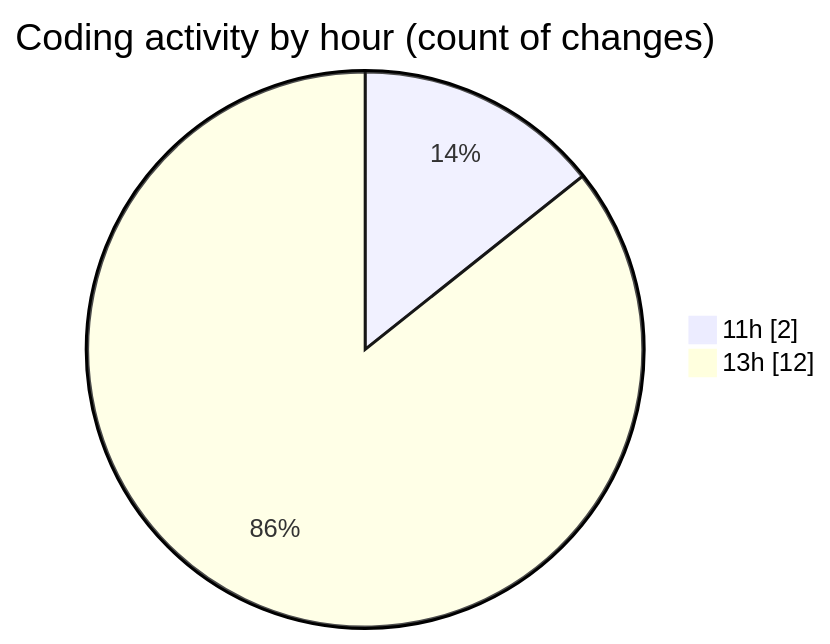
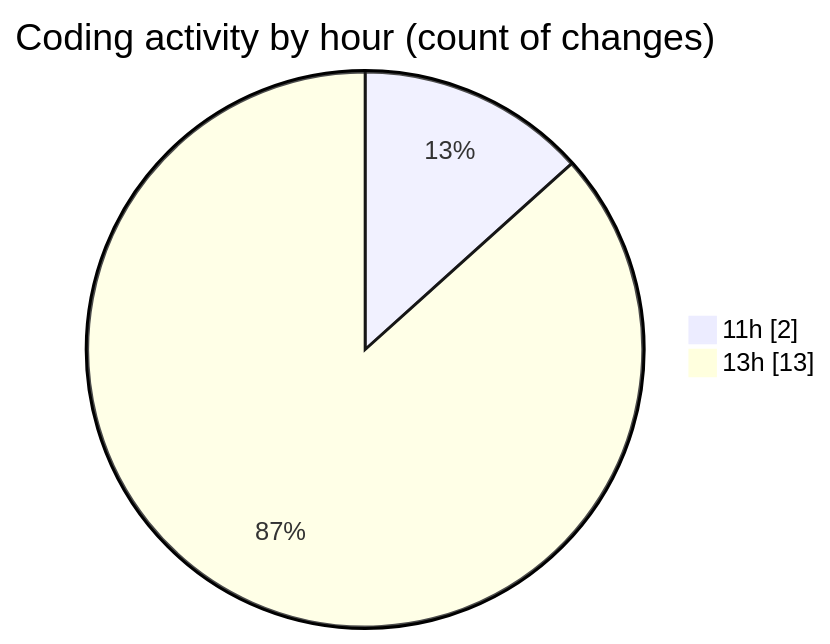
The second of 2 diagrams in 2026-03-22/nxtqube_webapp/README.md (nxtqubesakshisongat/code-tracking), drawn with Mermaid before and after one commit. The commit also changed other lines of this file and 1 other file, not shown here.

````diff
--- a/2026-03-22/nxtqube_webapp/README.md
+++ b/2026-03-22/nxtqube_webapp/README.md
@@ -30,6 +30,6 @@
 ```mermaid
 pie showData
 title Coding activity by hour (count of changes)
 "11h" : 2
-"13h" : 12
+"13h" : 13
 ```
````
